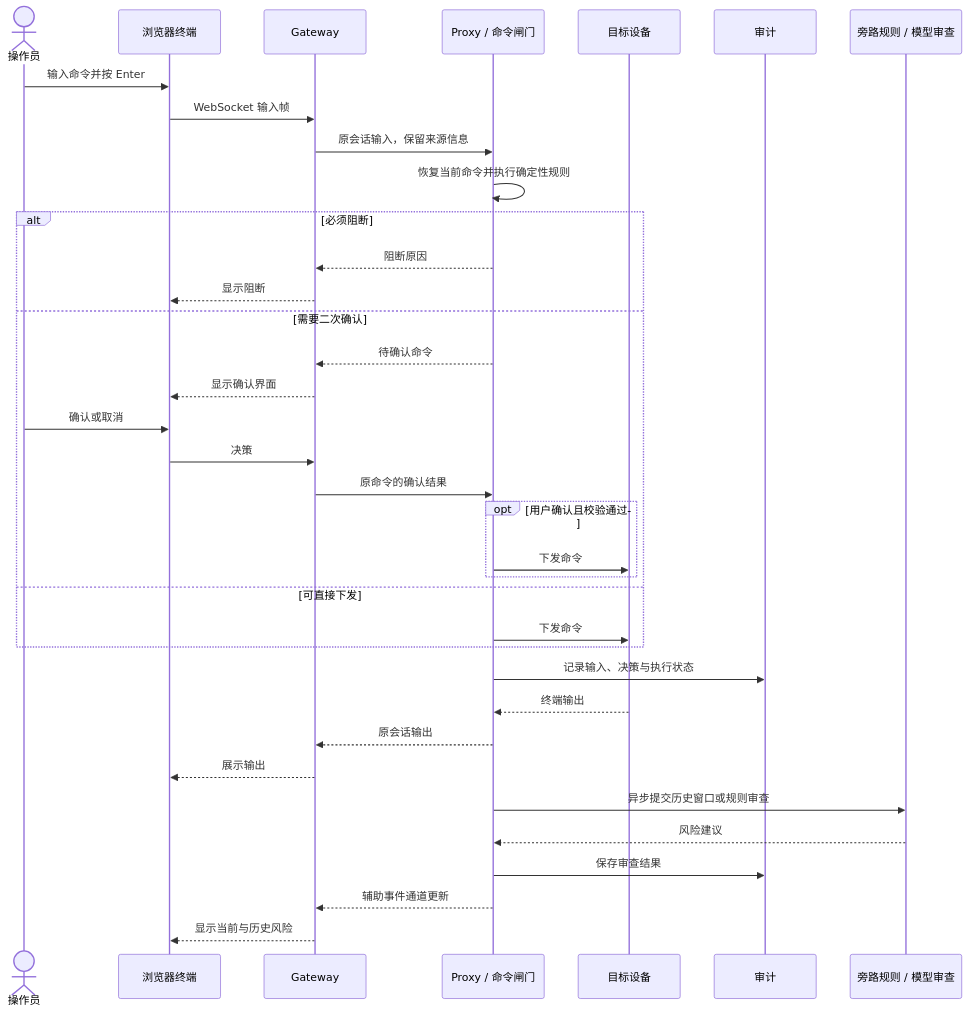
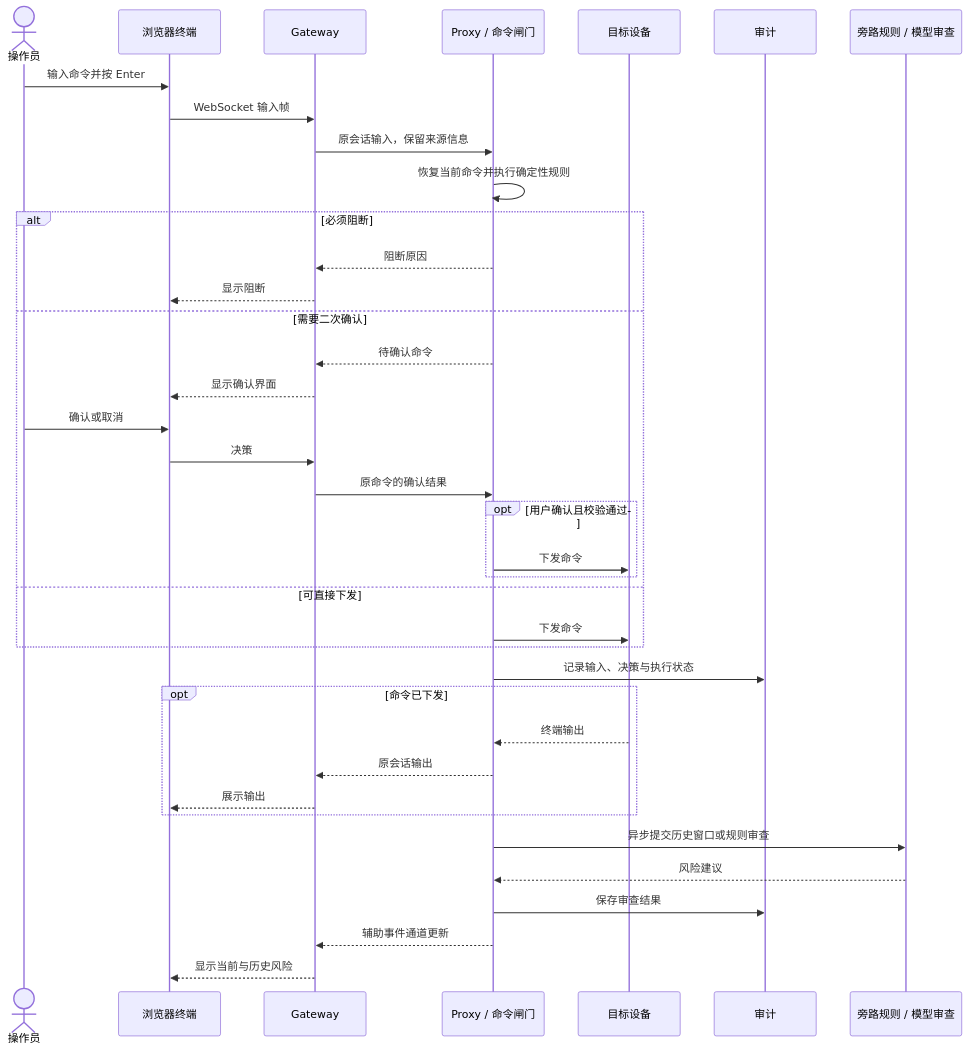
Before and after one commit to Motannier/auditbox: the first of 3 diagrams in docs/ARCHITECTURE.md, drawn with Mermaid. The commit also changed other lines of this file and 18 other files, not shown here.

Commit message:
docs:完善配套文档并更新系统架构图

````diff
--- a/docs/ARCHITECTURE.md
+++ b/docs/ARCHITECTURE.md
@@ -62,38 +35,40 @@
 ```mermaid
 sequenceDiagram
     actor U as 操作员
     participant W as 浏览器终端
     participant G as Gateway
     participant P as Proxy / 命令闸门
     participant T as 目标设备
     participant A as 审计
     participant R as 旁路规则 / 模型审查
     U->>W: 输入命令并按 Enter
     W->>G: WebSocket 输入帧
     G->>P: 原会话输入，保留来源信息
     P->>P: 恢复当前命令并执行确定性规则
     alt 必须阻断
         P-->>G: 阻断原因
         G-->>W: 显示阻断
     else 需要二次确认
         P-->>G: 待确认命令
         G-->>W: 显示确认界面
         U->>W: 确认或取消
         W->>G: 决策
         G->>P: 原命令的确认结果
         opt 用户确认且校验通过
             P->>T: 下发命令
         end
     else 可直接下发
         P->>T: 下发命令
     end
     P->>A: 记录输入、决策与执行状态
-    T-->>P: 终端输出
-    P-->>G: 原会话输出
-    G-->>W: 展示输出
+    opt 命令已下发
+        T-->>P: 终端输出
+        P-->>G: 原会话输出
+        G-->>W: 展示输出
+    end
     P->>R: 异步提交历史窗口或规则审查
     R-->>P: 风险建议
     P->>A: 保存审查结果
     P-->>G: 辅助事件通道更新
     G-->>W: 显示当前与历史风险
 ```
````
